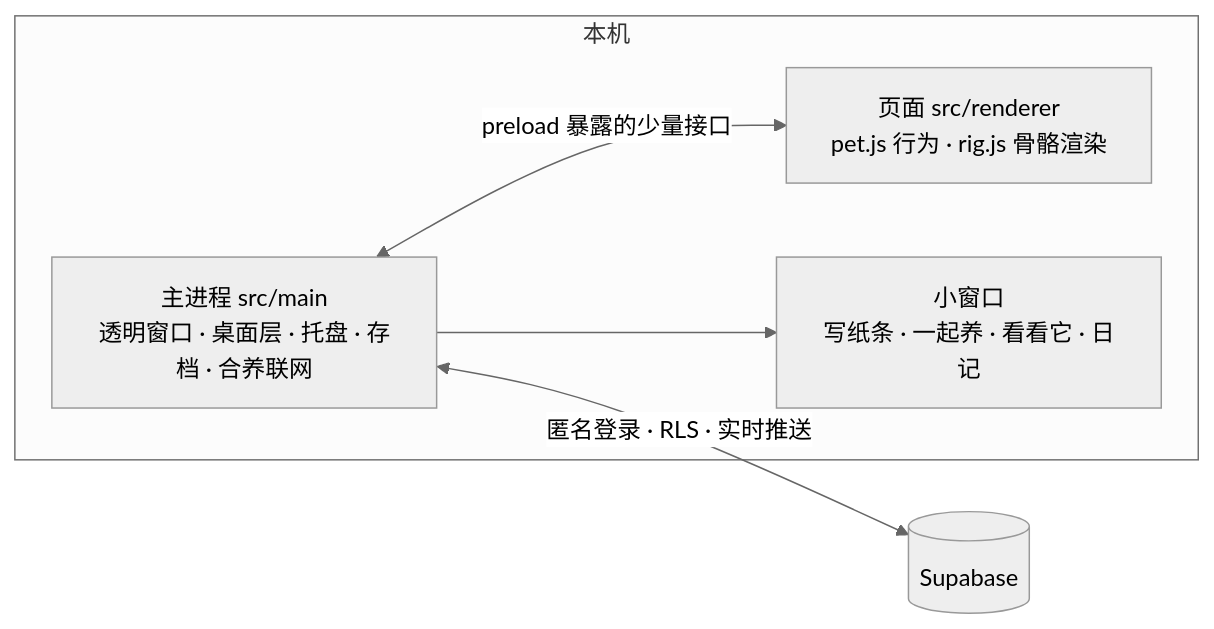
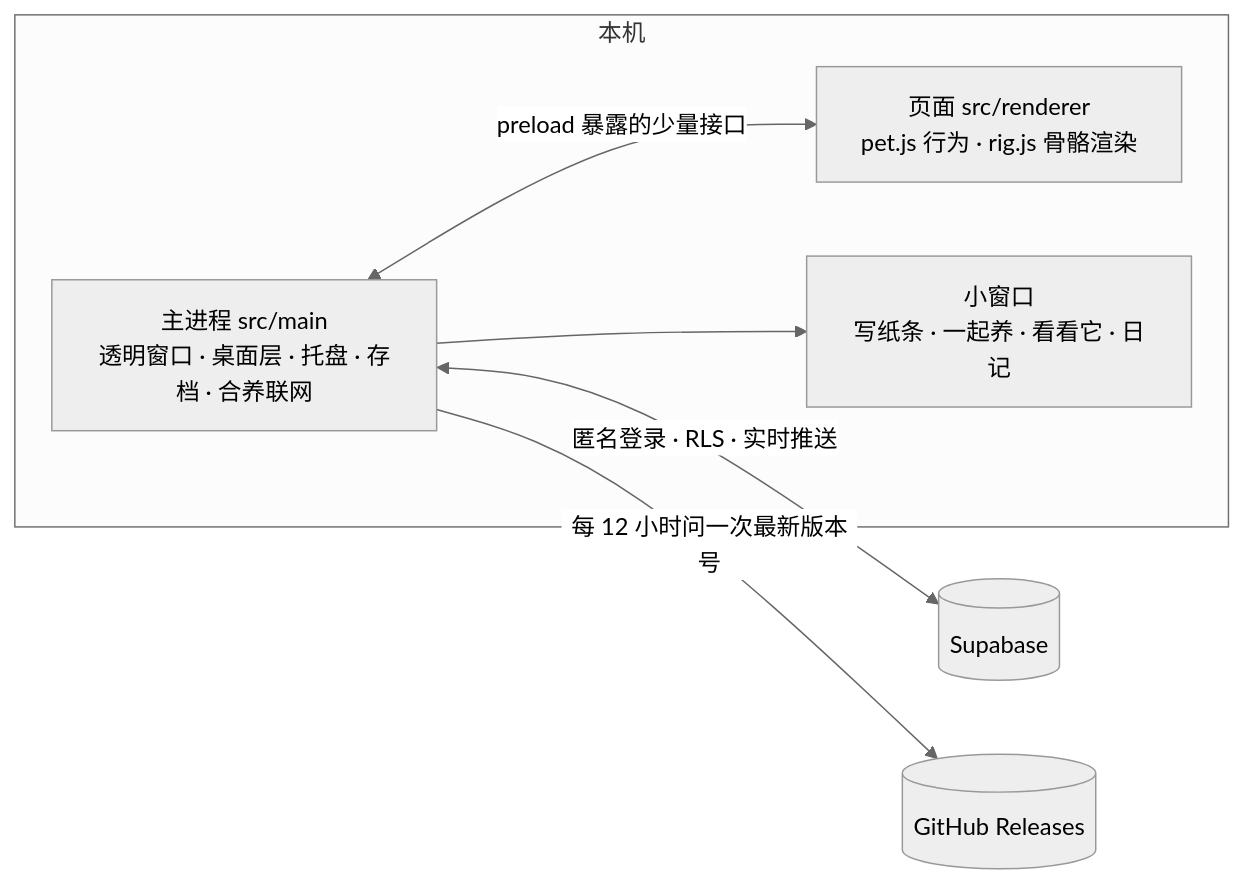
One commit to Tangtang232/desktop-pet changed the second of 2 diagrams in README.md. Above: the diagram before and after it, drawn with Mermaid (neutral theme). The commit also changed other lines of this file and 10 other files, not shown here.

First line of the commit message:
从 GitHub 发布：安装包加压缩包、新版本提醒、打包前检查联网配置

````diff
--- a/README.md
+++ b/README.md
@@ -224,11 +248,12 @@
 ```mermaid
 flowchart LR
     subgraph local [本机]
         M["主进程 src/main<br/>透明窗口 · 桌面层 · 托盘 · 存档 · 合养联网"]
         P["页面 src/renderer<br/>pet.js 行为 · rig.js 骨骼渲染"]
         W["小窗口<br/>写纸条 · 一起养 · 看看它 · 日记"]
         M <-->|preload 暴露的少量接口| P
         M --> W
     end
     M <-->|匿名登录 · RLS · 实时推送| S[(Supabase)]
+    M -->|每 12 小时问一次最新版本号| G[(GitHub Releases)]
 ```
````
